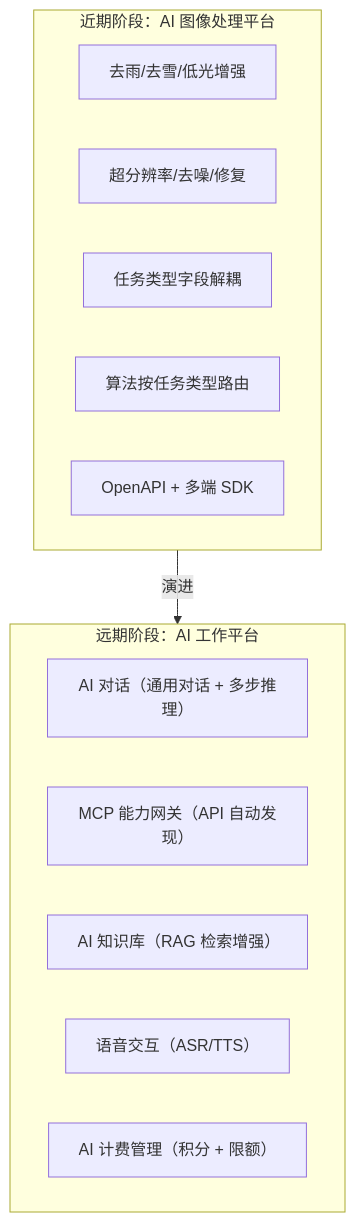
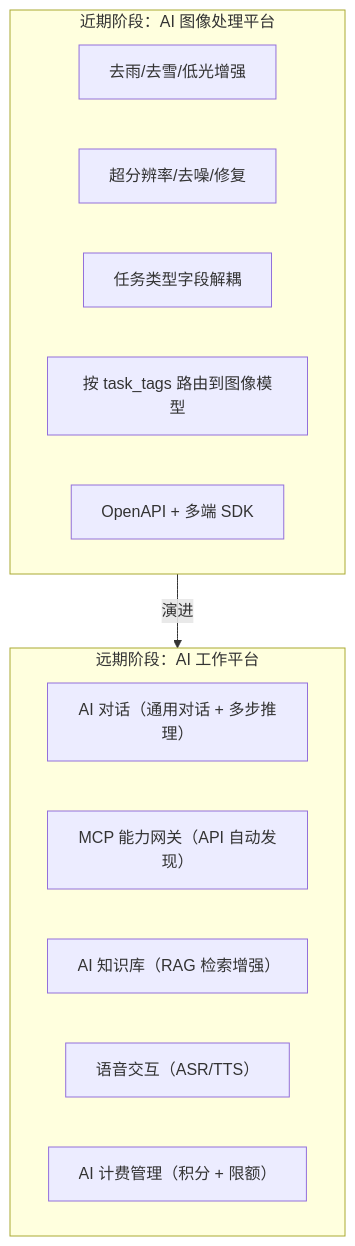
One commit to earthy-zinc/dehaze-system changed the first of 3 diagrams in dehaze-doc/docs/01-产品设计/01-产品概述.md. Above: the diagram before and after it, drawn with Mermaid. The commit also changed other lines of this file and 239 other files, not shown here.

````diff
--- a/dehaze-doc/docs/01-产品设计/01-产品概述.md
+++ b/dehaze-doc/docs/01-产品设计/01-产品概述.md
@@ -63,20 +63,20 @@
 ```mermaid
 flowchart TD
     subgraph Recent["近期阶段：AI 图像处理平台"]
         R1["去雨/去雪/低光增强"]
         R2["超分辨率/去噪/修复"]
         R3["任务类型字段解耦"]
-        R4["算法按任务类型路由"]
+        R4["按 task_tags 路由到图像模型"]
         R5["OpenAPI + 多端 SDK"]
     end
 
     subgraph Future["远期阶段：AI 工作平台"]
         F1["AI 对话（通用对话 + 多步推理）"]
         F2["MCP 能力网关（API 自动发现）"]
         F3["AI 知识库（RAG 检索增强）"]
         F4["语音交互（ASR/TTS）"]
         F5["AI 计费管理（积分 + 限额）"]
     end
 
     Recent -- 演进 --> Future
 ```
````
